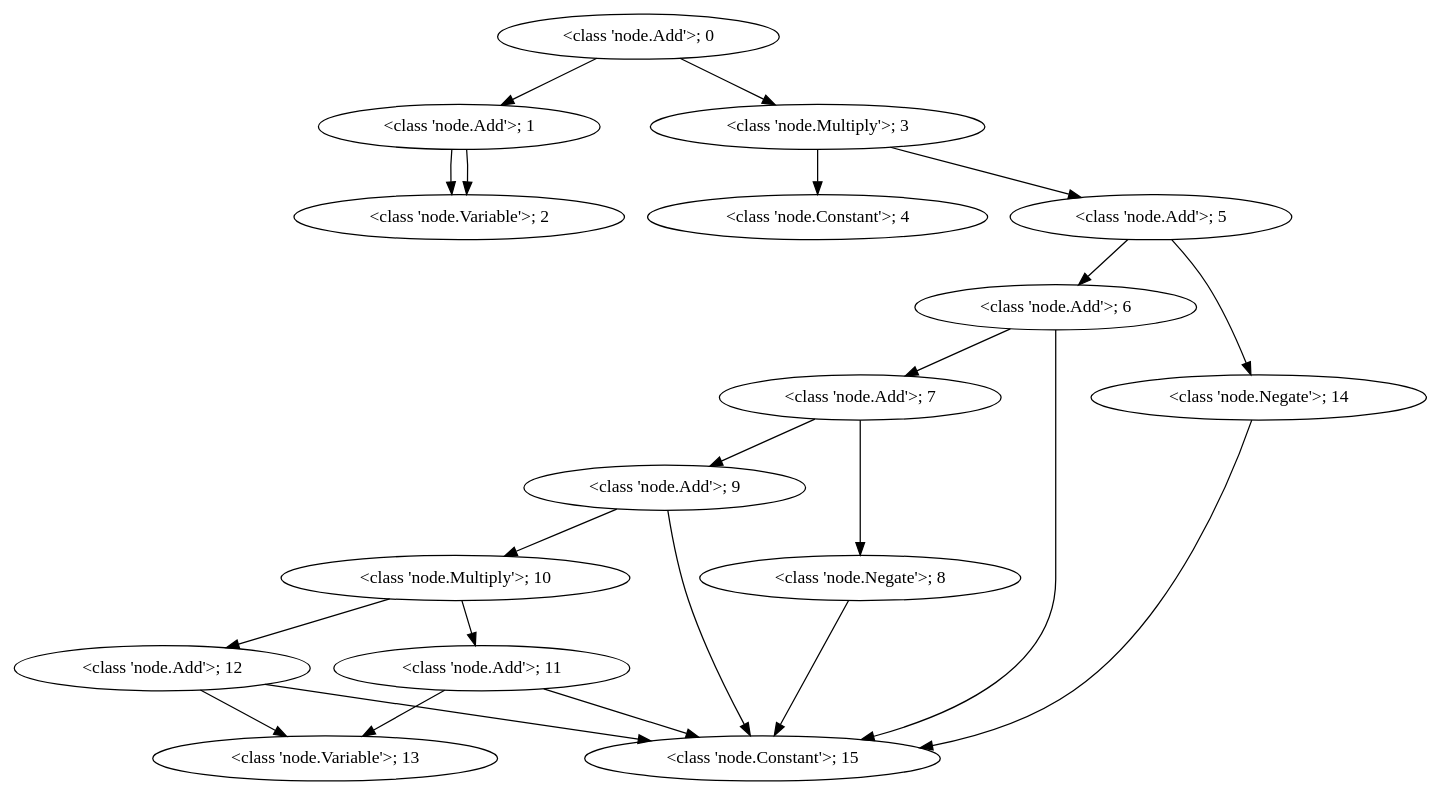
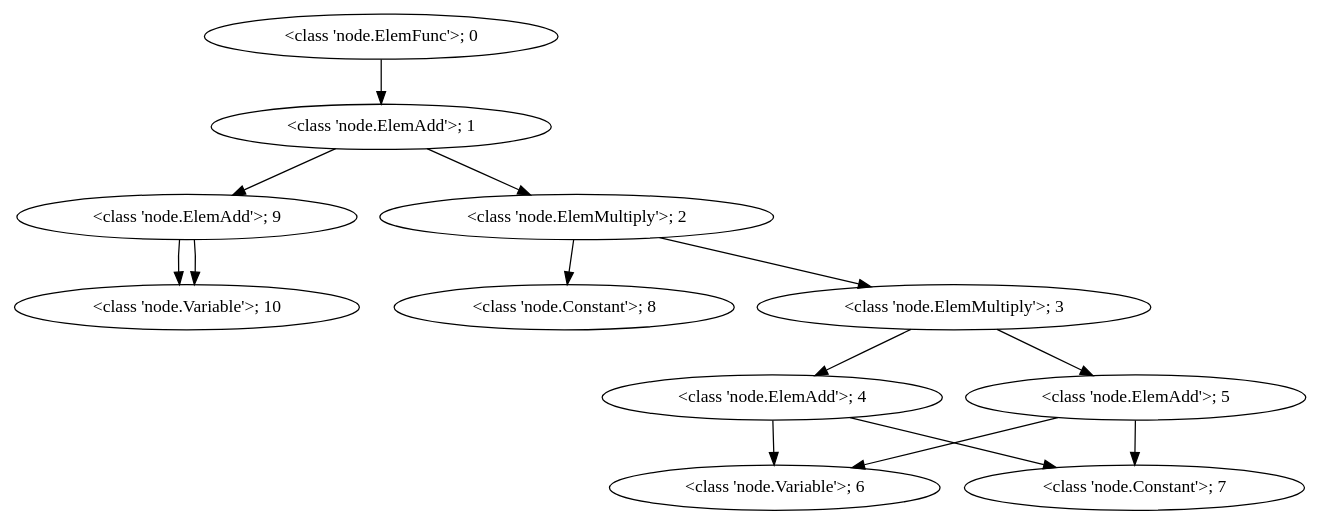
The diagram in graph.gv (mdepp/graph), drawn with Graphviz before and after one commit. The commit also changed 3 other files, not shown here.

```diff
--- a/graph.gv
+++ b/graph.gv
@@ -1,41 +1,27 @@
 // Computation Graph
 digraph {
-	"<class 'node.Add'>; 0"
-	"<class 'node.Add'>; 0" -> "<class 'node.Add'>; 1"
-	"<class 'node.Add'>; 0" -> "<class 'node.Multiply'>; 3"
-	"<class 'node.Add'>; 1"
-	"<class 'node.Add'>; 1" -> "<class 'node.Variable'>; 2"
-	"<class 'node.Add'>; 1" -> "<class 'node.Variable'>; 2"
-	"<class 'node.Variable'>; 2"
-	"<class 'node.Multiply'>; 3"
-	"<class 'node.Multiply'>; 3" -> "<class 'node.Add'>; 5"
-	"<class 'node.Multiply'>; 3" -> "<class 'node.Constant'>; 4"
-	"<class 'node.Constant'>; 4"
-	"<class 'node.Add'>; 5"
-	"<class 'node.Add'>; 5" -> "<class 'node.Add'>; 6"
-	"<class 'node.Add'>; 5" -> "<class 'node.Negate'>; 14"
-	"<class 'node.Add'>; 6"
-	"<class 'node.Add'>; 6" -> "<class 'node.Add'>; 7"
-	"<class 'node.Add'>; 6" -> "<class 'node.Constant'>; 15"
-	"<class 'node.Add'>; 7"
-	"<class 'node.Add'>; 7" -> "<class 'node.Add'>; 9"
-	"<class 'node.Add'>; 7" -> "<class 'node.Negate'>; 8"
-	"<class 'node.Negate'>; 8"
-	"<class 'node.Negate'>; 8" -> "<class 'node.Constant'>; 15"
-	"<class 'node.Add'>; 9"
-	"<class 'node.Add'>; 9" -> "<class 'node.Multiply'>; 10"
-	"<class 'node.Add'>; 9" -> "<class 'node.Constant'>; 15"
-	"<class 'node.Multiply'>; 10"
-	"<class 'node.Multiply'>; 10" -> "<class 'node.Add'>; 12"
-	"<class 'node.Multiply'>; 10" -> "<class 'node.Add'>; 11"
-	"<class 'node.Add'>; 11"
-	"<class 'node.Add'>; 11" -> "<class 'node.Variable'>; 13"
-	"<class 'node.Add'>; 11" -> "<class 'node.Constant'>; 15"
-	"<class 'node.Add'>; 12"
-	"<class 'node.Add'>; 12" -> "<class 'node.Variable'>; 13"
-	"<class 'node.Add'>; 12" -> "<class 'node.Constant'>; 15"
-	"<class 'node.Variable'>; 13"
-	"<class 'node.Negate'>; 14"
-	"<class 'node.Negate'>; 14" -> "<class 'node.Constant'>; 15"
-	"<class 'node.Constant'>; 15"
+	"<class 'node.ElemFunc'>; 0"
+	"<class 'node.ElemFunc'>; 0" -> "<class 'node.ElemAdd'>; 1"
+	"<class 'node.ElemAdd'>; 1"
+	"<class 'node.ElemAdd'>; 1" -> "<class 'node.ElemAdd'>; 9"
+	"<class 'node.ElemAdd'>; 1" -> "<class 'node.ElemMultiply'>; 2"
+	"<class 'node.ElemMultiply'>; 2"
+	"<class 'node.ElemMultiply'>; 2" -> "<class 'node.ElemMultiply'>; 3"
+	"<class 'node.ElemMultiply'>; 2" -> "<class 'node.Constant'>; 8"
+	"<class 'node.ElemMultiply'>; 3"
+	"<class 'node.ElemMultiply'>; 3" -> "<class 'node.ElemAdd'>; 4"
+	"<class 'node.ElemMultiply'>; 3" -> "<class 'node.ElemAdd'>; 5"
+	"<class 'node.ElemAdd'>; 4"
+	"<class 'node.ElemAdd'>; 4" -> "<class 'node.Variable'>; 6"
+	"<class 'node.ElemAdd'>; 4" -> "<class 'node.Constant'>; 7"
+	"<class 'node.ElemAdd'>; 5"
+	"<class 'node.ElemAdd'>; 5" -> "<class 'node.Variable'>; 6"
+	"<class 'node.ElemAdd'>; 5" -> "<class 'node.Constant'>; 7"
+	"<class 'node.Variable'>; 6"
+	"<class 'node.Constant'>; 7"
+	"<class 'node.Constant'>; 8"
+	"<class 'node.ElemAdd'>; 9"
+	"<class 'node.ElemAdd'>; 9" -> "<class 'node.Variable'>; 10"
+	"<class 'node.ElemAdd'>; 9" -> "<class 'node.Variable'>; 10"
+	"<class 'node.Variable'>; 10"
 }
```
